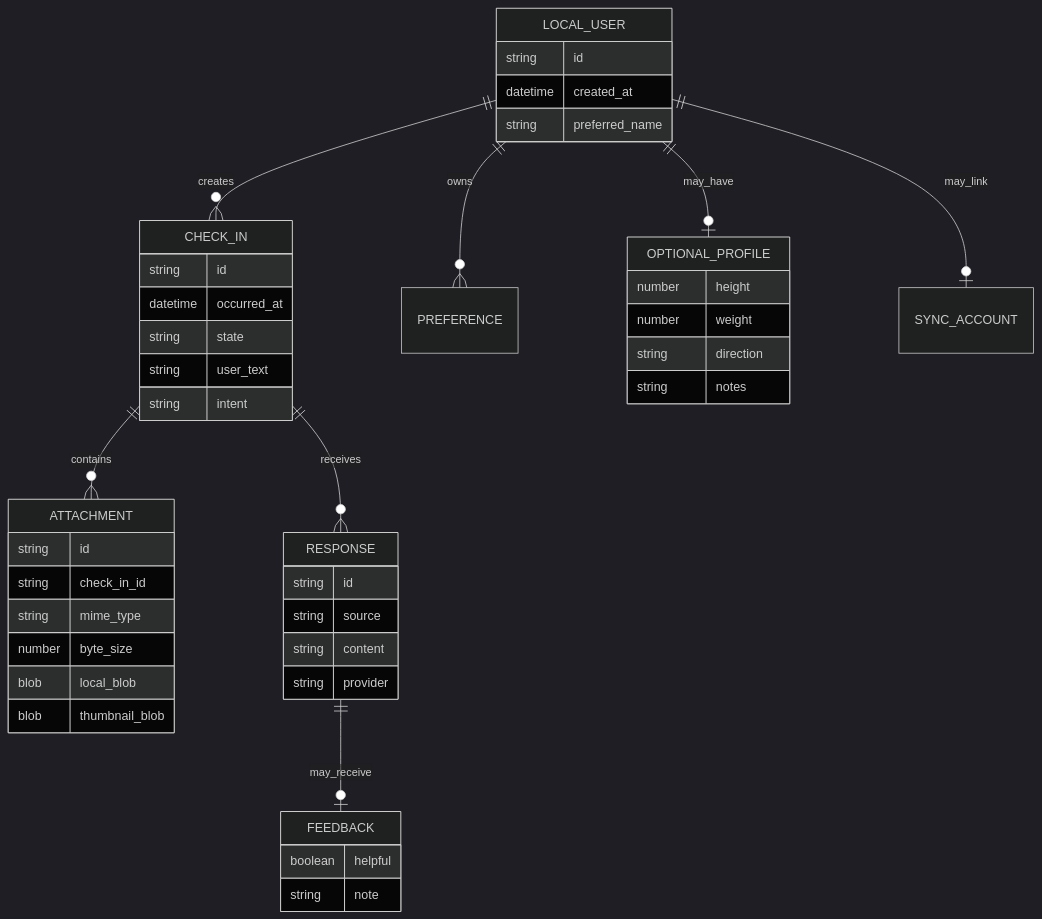
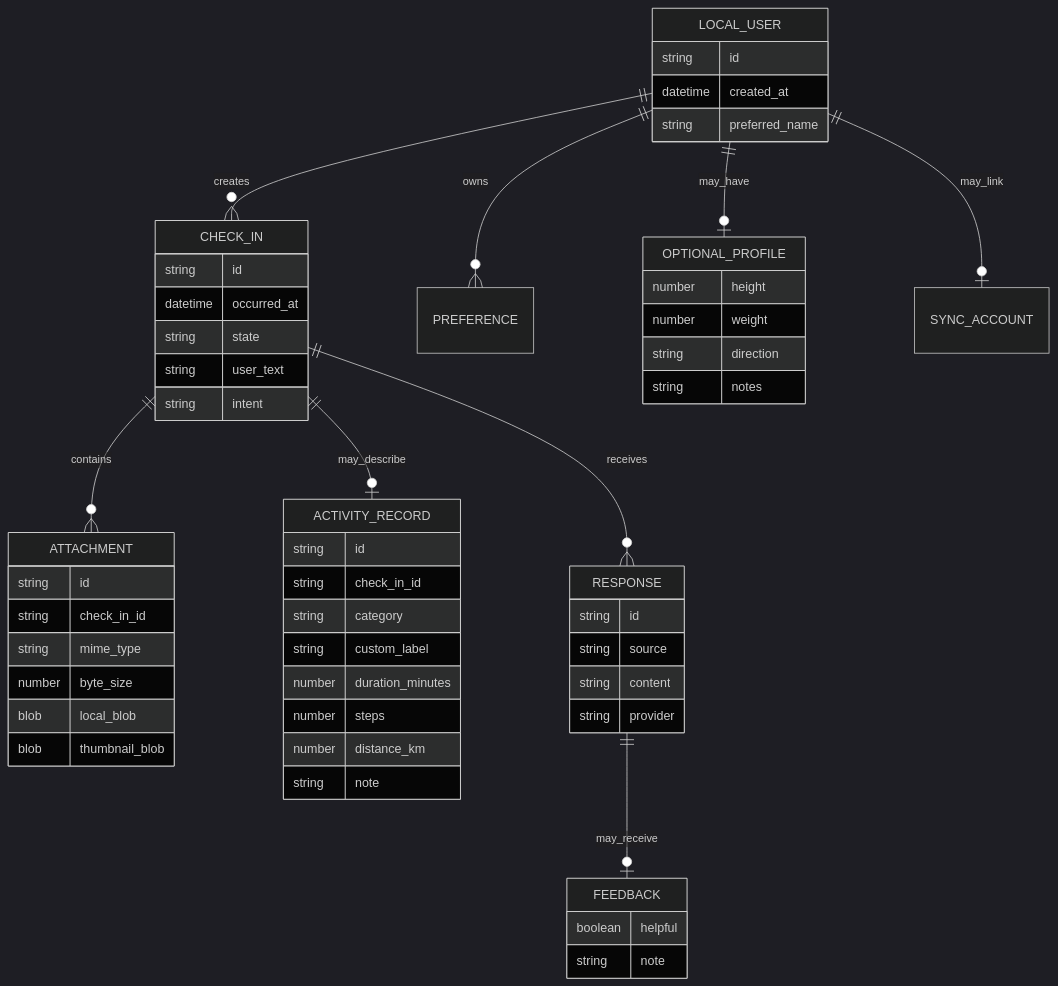
One commit to oukeming64-tech/different-diary changed the fourth of 4 diagrams in docs/03-架构图.md. Above: the diagram before and after it, drawn with Mermaid (dark theme). The commit also changed other lines of this file and 21 other files, not shown here.

````diff
--- a/docs/03-架构图.md
+++ b/docs/03-架构图.md
@@ -172,52 +185,64 @@
 ```mermaid
 erDiagram
     LOCAL_USER ||--o{ CHECK_IN : creates
     LOCAL_USER ||--o{ PREFERENCE : owns
     LOCAL_USER ||--o| OPTIONAL_PROFILE : may_have
     CHECK_IN ||--o{ ATTACHMENT : contains
+    CHECK_IN ||--o| ACTIVITY_RECORD : may_describe
     CHECK_IN ||--o{ RESPONSE : receives
     RESPONSE ||--o| FEEDBACK : may_receive
     LOCAL_USER ||--o| SYNC_ACCOUNT : may_link
 
     LOCAL_USER {
         string id
         datetime created_at
         string preferred_name
     }
 
     OPTIONAL_PROFILE {
         number height
         number weight
         string direction
         string notes
     }
 
     CHECK_IN {
         string id
         datetime occurred_at
         string state
         string user_text
         string intent
     }
 
     ATTACHMENT {
         string id
         string check_in_id
         string mime_type
         number byte_size
         blob local_blob
         blob thumbnail_blob
     }
 
+    ACTIVITY_RECORD {
+        string id
+        string check_in_id
+        string category
+        string custom_label
+        number duration_minutes
+        number steps
+        number distance_km
+        string note
+    }
+
     RESPONSE {
         string id
         string source
         string content
         string provider
     }
 
     FEEDBACK {
         boolean helpful
         string note
     }
 ```
````
